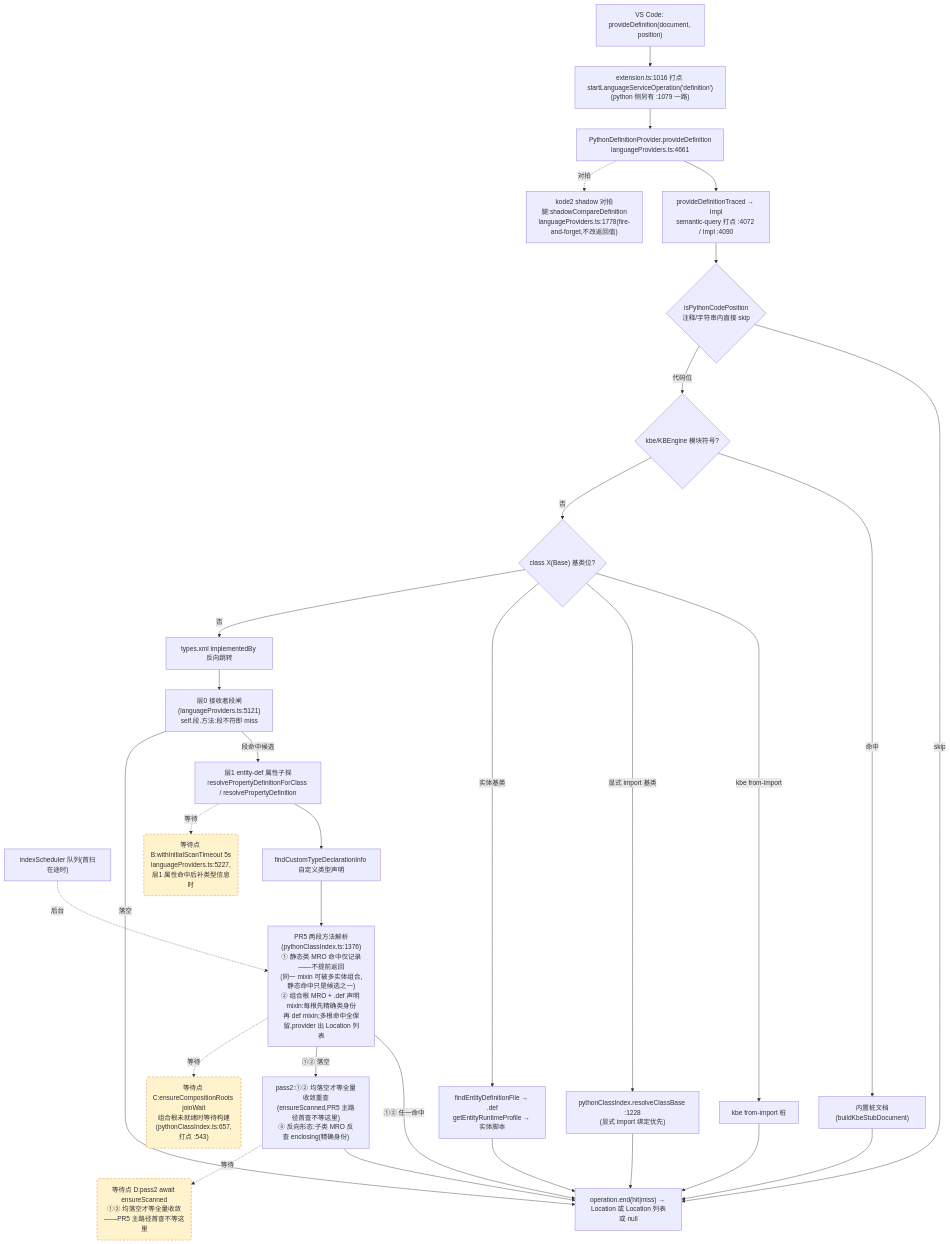
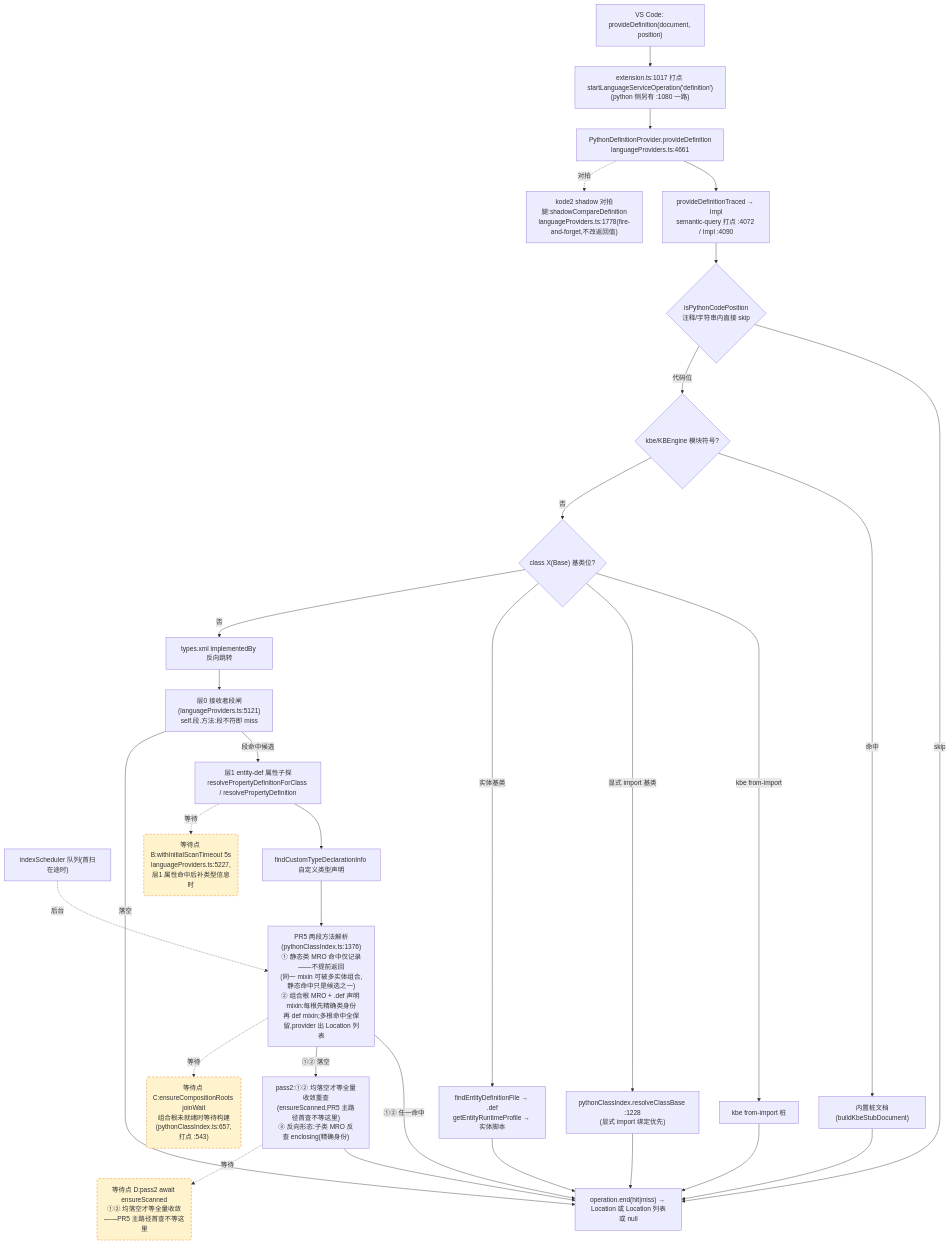
The second of 4 diagrams in docs/perf/2026-baseline.md (cuihairu/kode), drawn with Mermaid before and after one commit. The commit also changed other lines of this file and 1 other file, not shown here.

First line of the commit message:
test: roll extension.ts perf anchors after hot-lane edits

````diff
--- a/docs/perf/2026-baseline.md
+++ b/docs/perf/2026-baseline.md
@@ -130,51 +130,51 @@
 ```mermaid
 flowchart TD
   VC2["VS Code: provideDefinition(document, position)"]
-  M2["extension.ts:1016 打点 startLanguageServiceOperation('definition')<br/>(python 侧另有 :1079 一路)"]
+  M2["extension.ts:1017 打点 startLanguageServiceOperation('definition')<br/>(python 侧另有 :1080 一路)"]
   AD2["PythonDefinitionProvider.provideDefinition<br/>languageProviders.ts:4661"]
   TR["provideDefinitionTraced → Impl<br/>semantic-query 打点 :4072 / Impl :4090"]
   CTX{"isPythonCodePosition<br/>注释/字符串内直接 skip"}
   KBE{"kbe/KBEngine 模块符号?"}
   STUB["内置桩文档(buildKbeStubDocument)"]
   CB{"class X(Base) 基类位?"}
   CB1["kbe from-import 桩"]
   CB2["pythonClassIndex.resolveClassBase :1228<br/>(显式 import 绑定优先)"]
   CB3["findEntityDefinitionFile → .def<br/>getEntityRuntimeProfile → 实体脚本"]
   REV["types.xml implementedBy 反向跳转"]
   L0["层0 接收者段闸(languageProviders.ts:5121)<br/>self.段.方法:段不符即 miss"]
   L1["层1 entity-def 属性子探<br/>resolvePropertyDefinitionForClass / resolvePropertyDefinition"]
   SCAN["indexScheduler 队列(首扫在途时)"]
   TY["findCustomTypeDeclarationInfo 自定义类型声明"]
   MRO["PR5 两段方法解析(pythonClassIndex.ts:1376)<br/>① 静态类 MRO 命中仅记录——不提前返回<br/>(同一 mixin 可被多实体组合,静态命中只是候选之一)<br/>② 组合根 MRO + .def 声明 mixin:每根先精确类身份<br/>再 def mixin;多根命中全保留,provider 出 Location 列表"]
   PASS2["pass2:①② 均落空才等全量收敛重查<br/>(ensureScanned,PR5 主路径首查不等这里)<br/>③ 反向形态:子类 MRO 反查 enclosing(精确身份)"]
   SHD["kode2 shadow 对拍腿:shadowCompareDefinition<br/>languageProviders.ts:1778(fire-and-forget,不改返回值)"]
   END2["operation.end(hit|miss) → Location 或 Location 列表或 null"]
 
   VC2 --> M2 --> AD2 --> TR --> CTX
   CTX -- "skip" --> END2
   CTX -- "代码位" --> KBE
   KBE -- "命中" --> STUB --> END2
   KBE -- "否" --> CB
   CB -- "kbe from-import" --> CB1 --> END2
   CB -- "显式 import 基类" --> CB2 --> END2
   CB -- "实体基类" --> CB3 --> END2
   CB -- "否" --> REV --> L0
   L0 -- "段命中候选" --> L1
   L0 -- "落空" --> END2
   L1 --> TY
   TY --> MRO
   MRO -- "①② 任一命中" --> END2
   MRO -- "①② 落空" --> PASS2 --> END2
   AD2 -.->|对拍| SHD
 
   WAITB("等待点 B:withInitialScanTimeout 5s<br/>languageProviders.ts:5227,层1 属性命中后补类型信息时")
   WAITC("等待点 C:ensureCompositionRoots joinWait<br/>组合根未就绪时等待构建(pythonClassIndex.ts:657,打点 :543)")
   WAITD("等待点 D:pass2 await ensureScanned<br/>①② 均落空才等全量收敛——PR5 主路径首查不等这里")
   L1 -.->|等待| WAITB
   MRO -.->|等待| WAITC
   PASS2 -.->|等待| WAITD
   SCAN -.->|后台| MRO
 
   classDef waitPoint fill:#fff3cd,stroke:#d97706,stroke-dasharray:5 4;
   class WAITB,WAITC,WAITD waitPoint;
 ```
````
